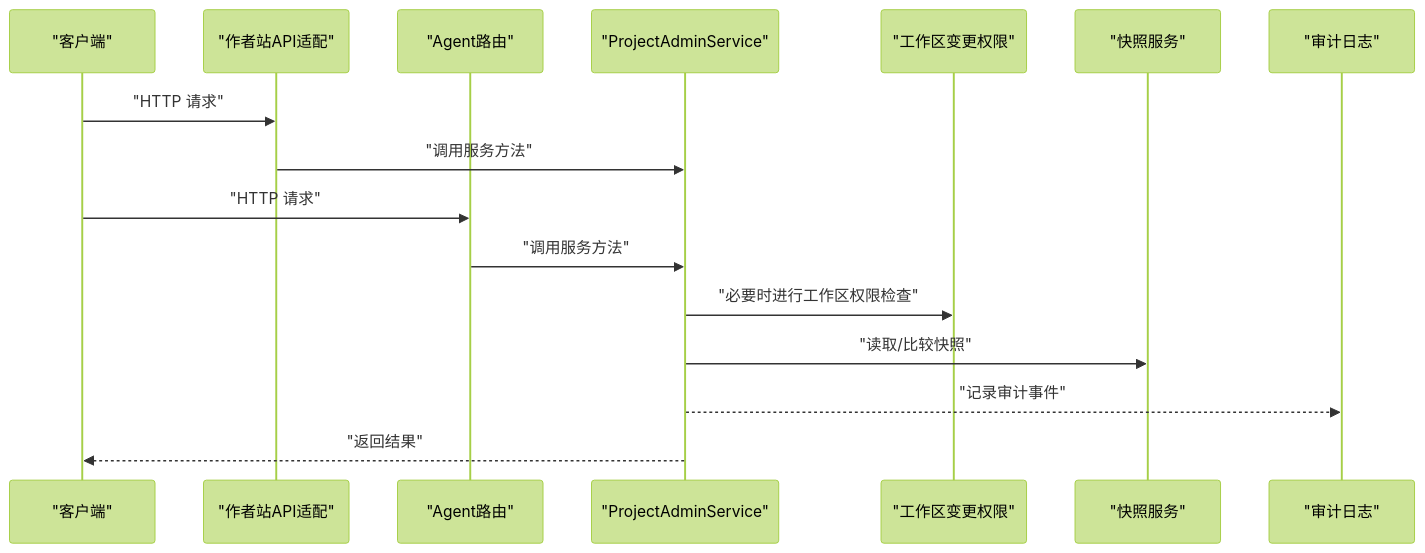
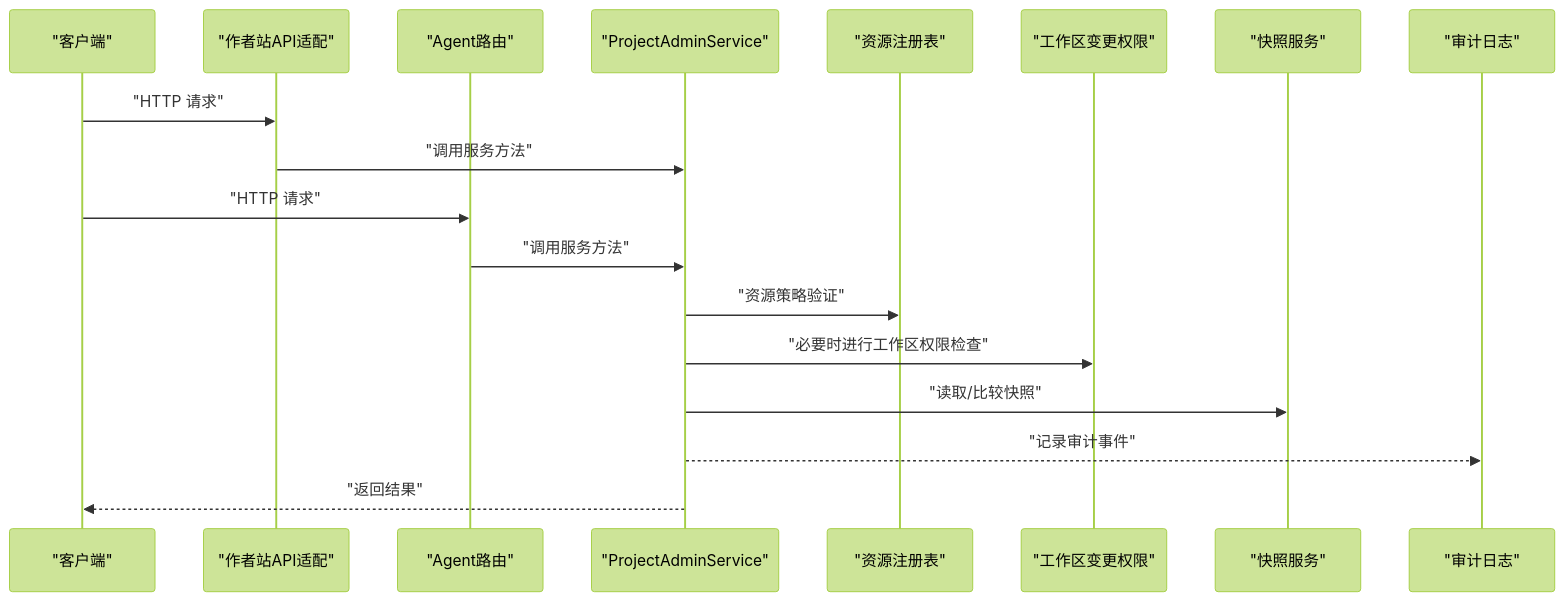
One commit to qihaogithub/workbench changed the second of 7 diagrams in .qoder/repowiki/zh/content/核心服务/项目管理核心/项目管理核心.md. Above: the diagram before and after it, drawn with Mermaid (forest theme). The commit also changed other lines of this file and 448 other files, not shown here.

````diff
--- a/.qoder/repowiki/zh/content/核心服务/项目管理核心/项目管理核心.md
+++ b/.qoder/repowiki/zh/content/核心服务/项目管理核心/项目管理核心.md
@@ -106,18 +118,20 @@
 ```mermaid
 sequenceDiagram
 participant Client as "客户端"
 participant AuthorAPI as "作者站API适配"
 participant AgentRoutes as "Agent路由"
 participant Service as "ProjectAdminService"
+participant Registry as "资源注册表"
 participant Authority as "工作区变更权限"
 participant Snapshot as "快照服务"
 participant Audit as "审计日志"
 Client->>AuthorAPI : "HTTP 请求"
 AuthorAPI->>Service : "调用服务方法"
 Client->>AgentRoutes : "HTTP 请求"
 AgentRoutes->>Service : "调用服务方法"
+Service->>Registry : "资源策略验证"
 Service->>Authority : "必要时进行工作区权限检查"
 Service->>Snapshot : "读取/比较快照"
 Service-->>Audit : "记录审计事件"
 Service-->>Client : "返回结果"
 ```
````
